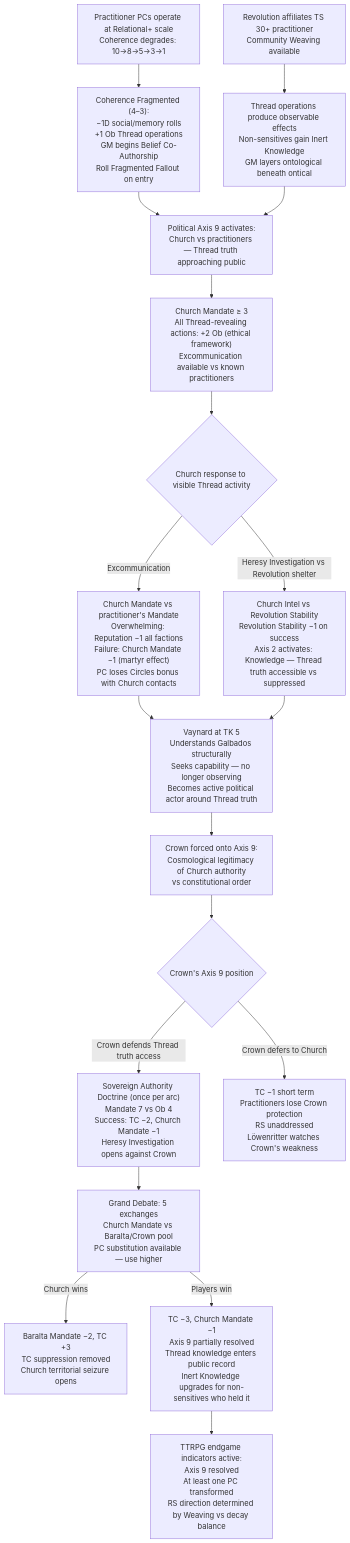
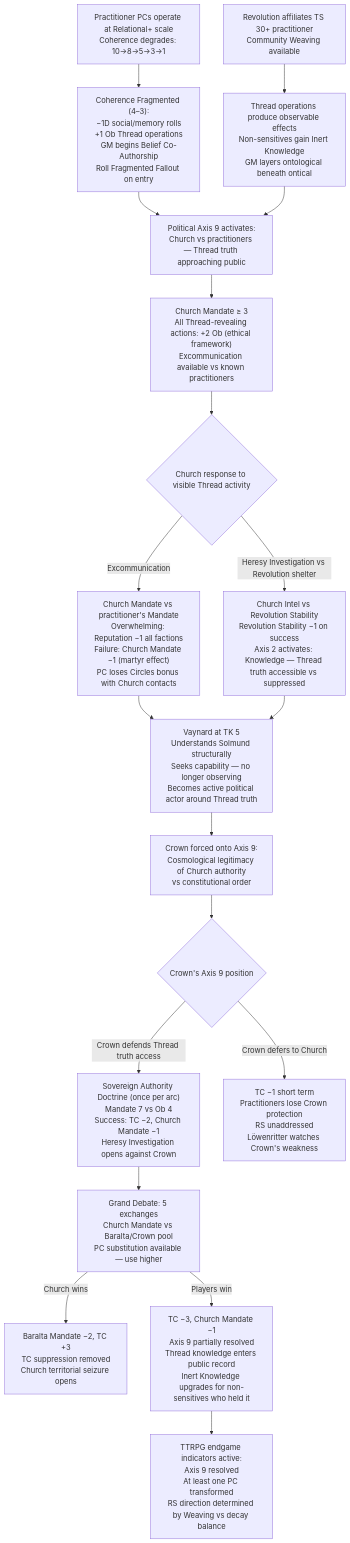
Before and after one commit to jordanelias/ttrpg: the fourth of 4 diagrams in designs/gm_ref_cp14/arcs/arcs_01_04_rebuilt.md, drawn with Mermaid. The commit also changed other lines of this file and 22 other files, not shown here.

Commit message:
[cleanup] rename Galbados → Solmund (batch 1/2) — 23 files

````diff
--- a/designs/gm_ref_cp14/arcs/arcs_01_04_rebuilt.md
+++ b/designs/gm_ref_cp14/arcs/arcs_01_04_rebuilt.md
@@ -178,19 +178,19 @@
 ```mermaid
 flowchart TD
     A["Practitioner PCs operate at Relational+ scale\nCoherence degrades: 10→8→5→3→1"] --> B["Coherence Fragmented (4–3):\n−1D social/memory rolls\n+1 Ob Thread operations\nGM begins Belief Co-Authorship\nRoll Fragmented Fallout on entry"]
     C["Revolution affiliates TS 30+ practitioner\nCommunity Weaving available"] --> D["Thread operations produce observable effects\nNon-sensitives gain Inert Knowledge\nGM layers ontological beneath ontical"]
     B & D --> E["Political Axis 9 activates:\nChurch vs practitioners — Thread truth approaching public"]
     E --> F["Church Mandate ≥ 3\nAll Thread-revealing actions: +2 Ob (ethical framework)\nExcommunication available vs known practitioners"]
     F --> G{Church response to visible Thread activity}
     G -->|"Excommunication"| H["Church Mandate vs practitioner's Mandate\nOverwhelming: Reputation −1 all factions\nFailure: Church Mandate −1 (martyr effect)\nPC loses Circles bonus with Church contacts"]
     G -->|"Heresy Investigation vs Revolution shelter"| I["Church Intel vs Revolution Stability\nRevolution Stability −1 on success\nAxis 2 activates: Knowledge — Thread truth accessible vs suppressed"]
-    H & I --> J["Vaynard at TK 5\nUnderstands Galbados structurally\nSeeks capability — no longer observing\nBecomes active political actor around Thread truth"]
+    H & I --> J["Vaynard at TK 5\nUnderstands Solmund structurally\nSeeks capability — no longer observing\nBecomes active political actor around Thread truth"]
     J --> K["Crown forced onto Axis 9:\nCosmological legitimacy of Church authority\nvs constitutional order"]
     K --> L{Crown's Axis 9 position}
     L -->|"Crown defends Thread truth access"| M["Sovereign Authority Doctrine (once per arc)\nMandate 7 vs Ob 4\nSuccess: TC −2, Church Mandate −1\nHeresy Investigation opens against Crown"]
     L -->|"Crown defers to Church"| N["TC −1 short term\nPractitioners lose Crown protection\nRS unaddressed\nLöwenritter watches Crown's weakness"]
     M --> O["Grand Debate: 5 exchanges\nChurch Mandate vs Baralta/Crown pool\nPC substitution available — use higher"]
     O -->|"Church wins"| P["Baralta Mandate −2, TC +3\nTC suppression removed\nChurch territorial seizure opens"]
     O -->|"Players win"| Q["TC −3, Church Mandate −1\nAxis 9 partially resolved\nThread knowledge enters public record\nInert Knowledge upgrades for non-sensitives who held it"]
     Q --> R["TTRPG endgame indicators active:\nAxis 9 resolved\nAt least one PC transformed\nRS direction determined by Weaving vs decay balance"]
 ```
````
